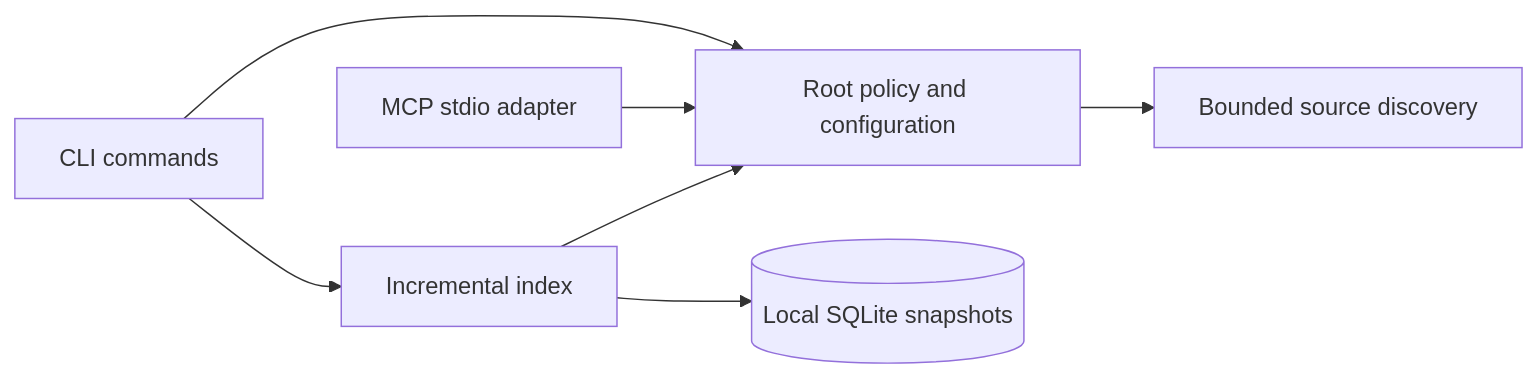
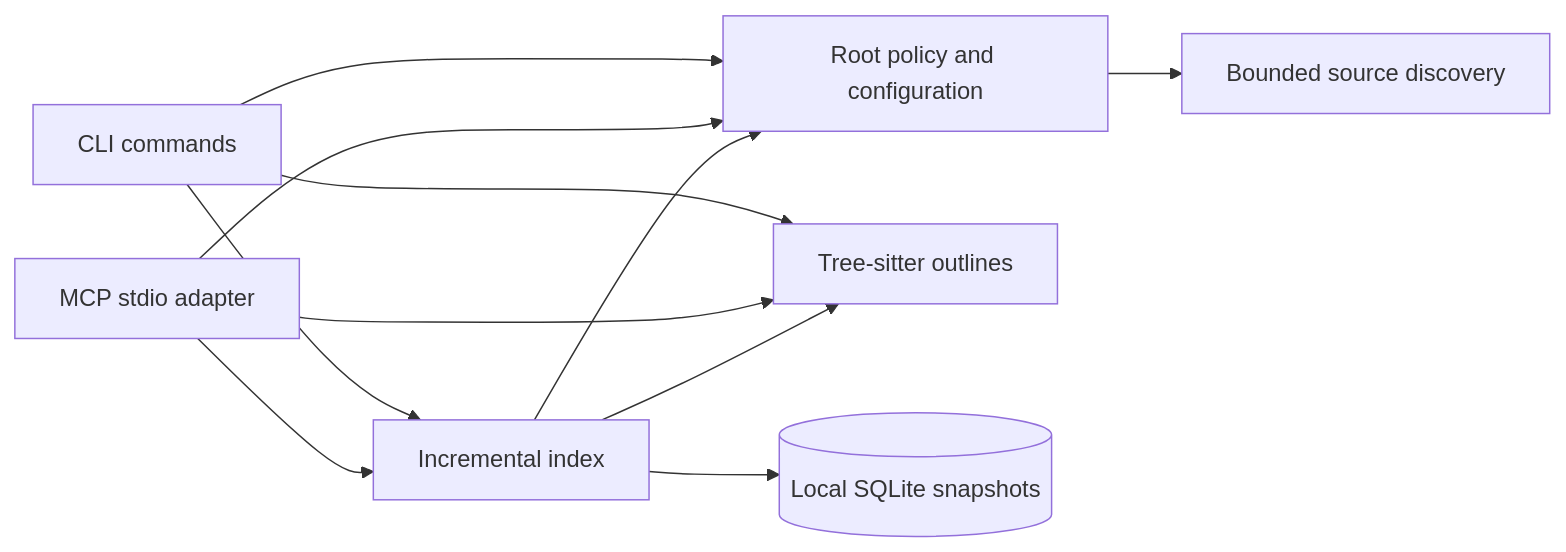
One commit to MohamedRF/ContextForge changed the diagram in README.md. Above: the diagram before and after it, drawn with Mermaid. The commit also changed other lines of this file and 58 other files, not shown here.

````diff
--- a/README.md
+++ b/README.md
@@ -149,9 +176,13 @@
 ```mermaid
 flowchart LR
     CLI[CLI commands] --> Core[Root policy and configuration]
     MCP[MCP stdio adapter] --> Core
     Core --> Discovery[Bounded source discovery]
     CLI --> Index[Incremental index]
+    MCP --> Index
+    CLI --> Parser[Tree-sitter outlines]
+    MCP --> Parser
+    Index --> Parser
     Index --> Core
     Index --> SQLite[(Local SQLite snapshots)]
 ```
````
